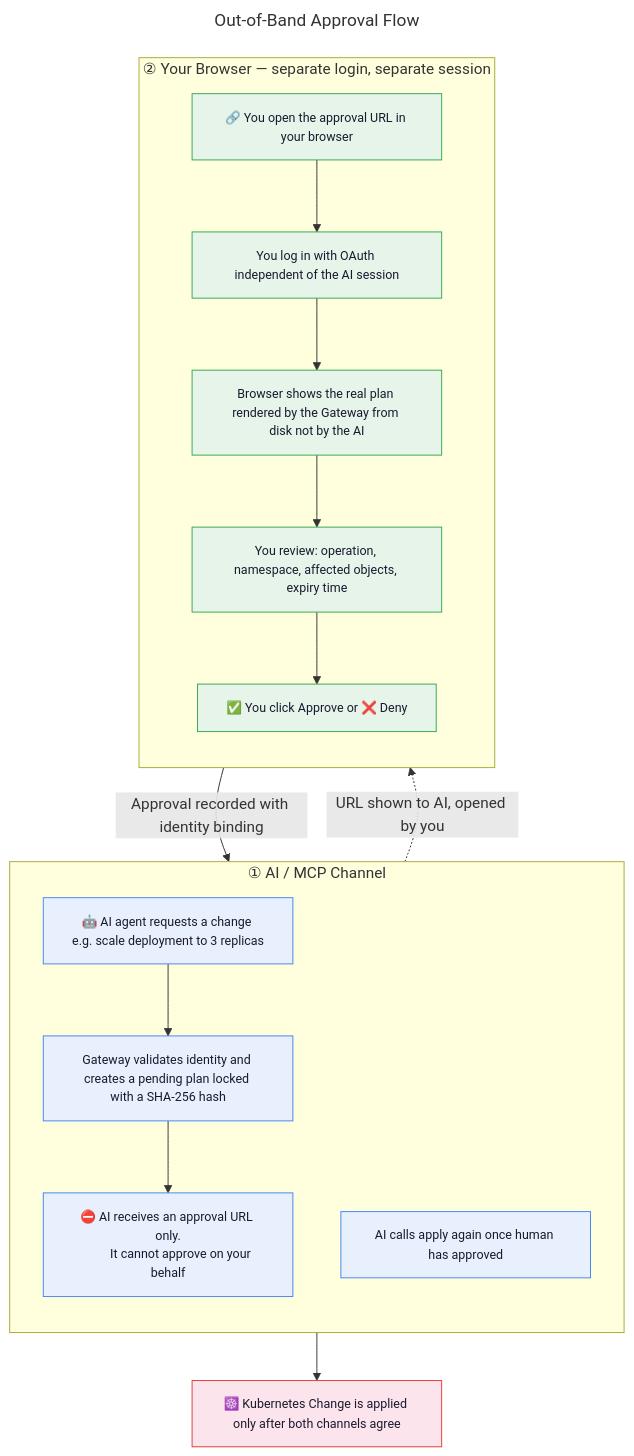
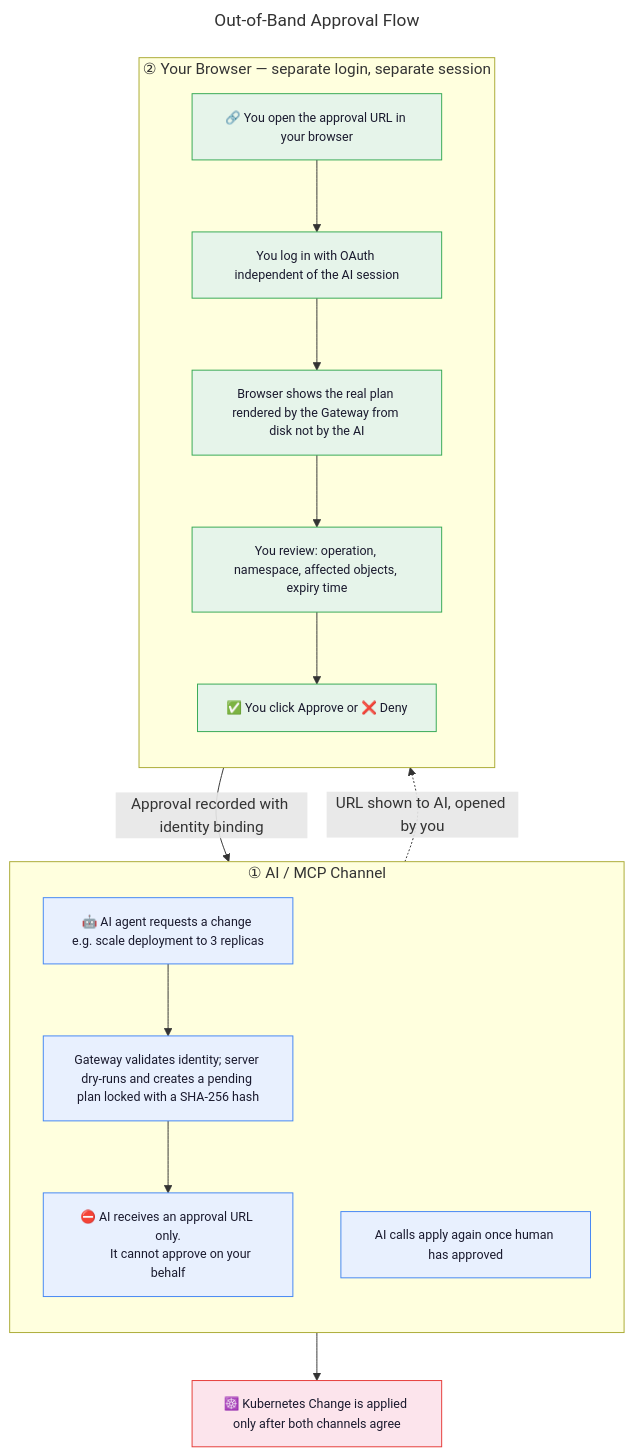
One commit to mirusser/Kubernetes-MCP-Guard changed the second of 2 diagrams in README.md. Above: the diagram before and after it, drawn with Mermaid. The commit also changed other lines of this file and 28 other files, not shown here.

Commit message:
feat: server side dry run before approval

````diff
--- a/README.md
+++ b/README.md
@@ -74,40 +74,40 @@
 ```mermaid
 ---
 title: Out-of-Band Approval Flow
 ---
 flowchart TB
     classDef ai      fill:#e8f0fe,stroke:#4285f4,color:#1a1a2e,font-size:13px
     classDef browser fill:#e6f4ea,stroke:#34a853,color:#1a1a2e,font-size:13px
     classDef gate    fill:#fff3e0,stroke:#fb8c00,color:#1a1a2e,font-size:13px
     classDef k8s     fill:#fce4ec,stroke:#e53935,color:#1a1a2e,font-size:13px
 
     subgraph AI["① AI / MCP Channel"]
         direction TB
         A1["🤖 AI agent requests a change e.g. scale deployment to 3 replicas"]
-        A2["Gateway validates identity and creates a pending plan locked with a SHA-256 hash"]
+        A2["Gateway validates identity; server dry-runs and creates a pending plan locked with a SHA-256 hash"]
         A3["⛔ AI receives an approval URL only.
          It cannot approve on your behalf"]
         A4["AI calls apply again once human has approved"]
     end
 
     subgraph OOB["② Your Browser  —  separate login, separate session"]
         direction TB
         B1["🔗 You open the approval URL in your browser"]
         B2["You log in with OAuth independent of the AI session"]
         B3["Browser shows the real plan rendered by the Gateway from disk not by the AI"]
         B4["You review: operation, namespace, affected objects, expiry time"]
         B5["✅ You click Approve  or  ❌ Deny"]
     end
 
     K8s["☸️ Kubernetes Change is applied only after both channels agree"]
 
     A1 --> A2 --> A3
     A3 -.->|"URL shown to AI, opened by you"| B1
     B1 --> B2 --> B3 --> B4 --> B5
     B5 -->|"Approval recorded with identity binding"| A4
     A4 --> K8s
 
     class A1,A2,A3,A4 ai
     class B1,B2,B3,B4,B5 browser
     class K8s k8s
 ```
````
